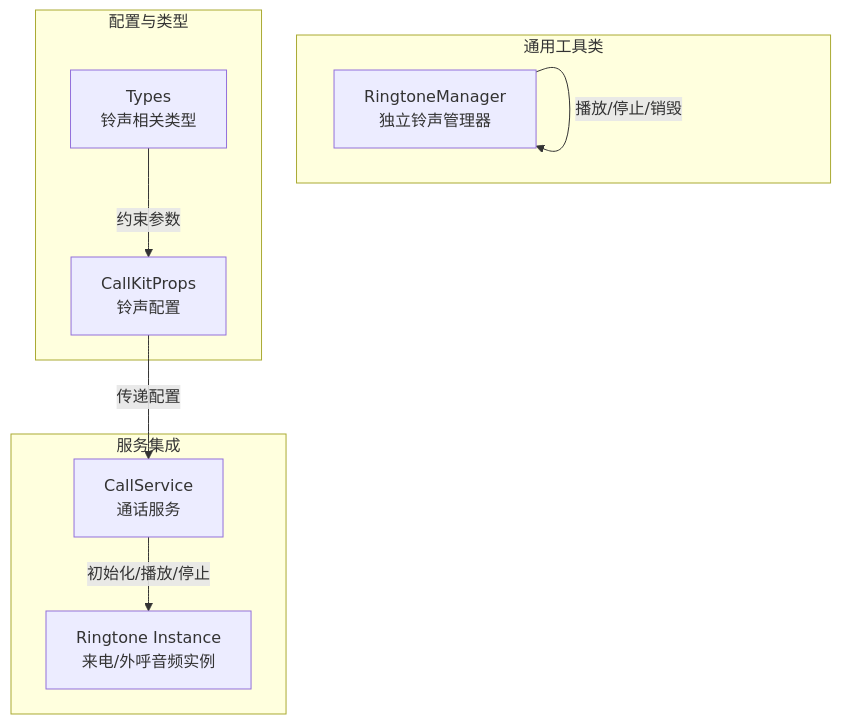
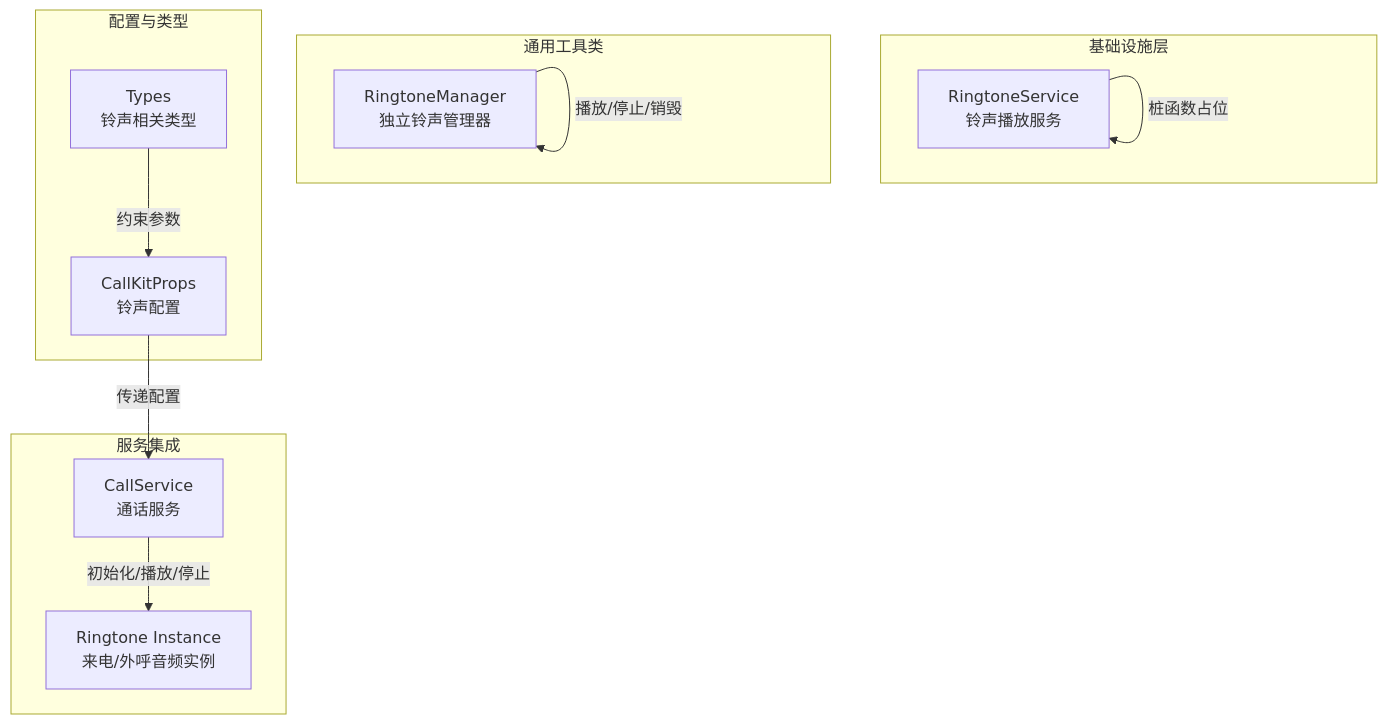
The first of 6 diagrams in .qoder/repowiki/zh/content/工具函数/铃声管理器.md (Easemob-Community/easemob-uikit-callkit-vue3), drawn with Mermaid before and after one commit. The commit also changed other lines of this file and 58 other files, not shown here.

````diff
--- a/.qoder/repowiki/zh/content/工具函数/铃声管理器.md
+++ b/.qoder/repowiki/zh/content/工具函数/铃声管理器.md
@@ -35,18 +47,22 @@
 ```mermaid
 graph TB
+subgraph "基础设施层"
+RS["RingtoneService<br/>铃声播放服务"]
+end
 subgraph "通用工具类"
 RM["RingtoneManager<br/>独立铃声管理器"]
 end
 subgraph "服务集成"
 CS["CallService<br/>通话服务"]
 RTI["Ringtone Instance<br/>来电/外呼音频实例"]
 end
 subgraph "配置与类型"
 CT["CallKitProps<br/>铃声配置"]
 TS["Types<br/>铃声相关类型"]
 end
+RS --> |"桩函数占位"| RS
 RM --> |"播放/停止/销毁"| RM
 CS --> |"初始化/播放/停止"| RTI
 CT --> |"传递配置"| CS
 TS --> |"约束参数"| CT
 ```
````
